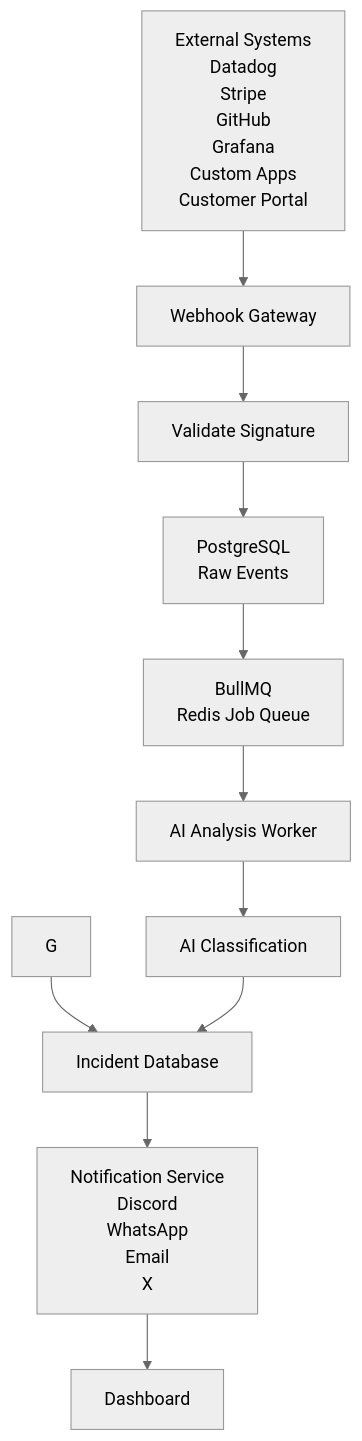
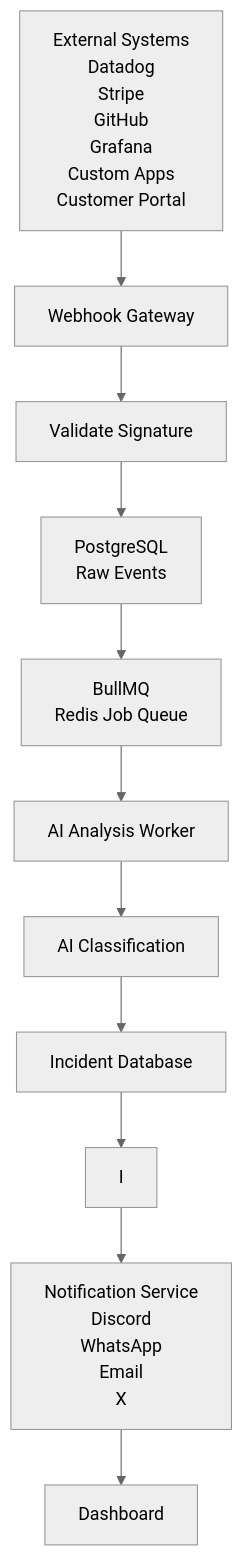
Before and after one commit to Abdullah-Builds/AI-Incident-Response-Alert-Router: the diagram in README.md, drawn with Mermaid (neutral theme).

Commit message:
Fix flow diagram connections in README

````diff
--- a/README.md
+++ b/README.md
@@ -50,13 +50,13 @@
 ```mermaid
 flowchart TD
     A[External Systems<br/>Datadog<br/>Stripe<br/>GitHub<br/>Grafana<br/>Custom Apps<br/>Customer Portal] --> B[Webhook Gateway]
     B --> C[Validate Signature]
     C --> D[PostgreSQL<br/>Raw Events]
     D --> E[BullMQ<br/>Redis Job Queue]
     E --> F[AI Analysis Worker]
-    F --> H[AI Classification]
-    G --> I[Incident Database]
+    F --> G[AI Classification]
+    G --> H[Incident Database]
     H --> I
     I --> J[Notification Service<br/>Discord<br/>WhatsApp<br/>Email<br/>X]
     J --> K[Dashboard]
 ```
````
